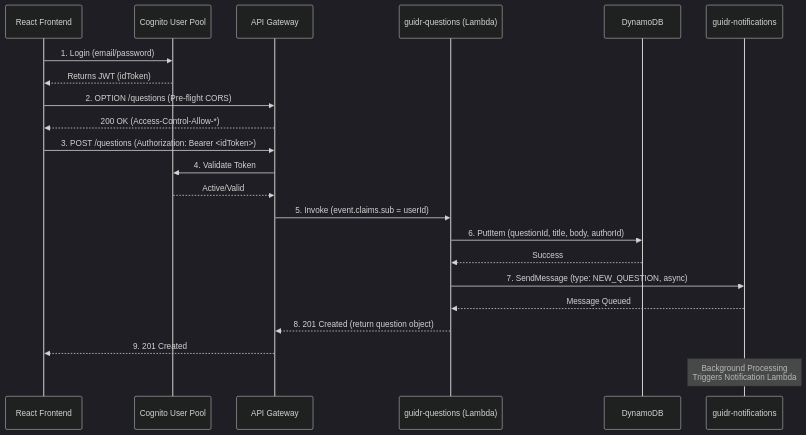
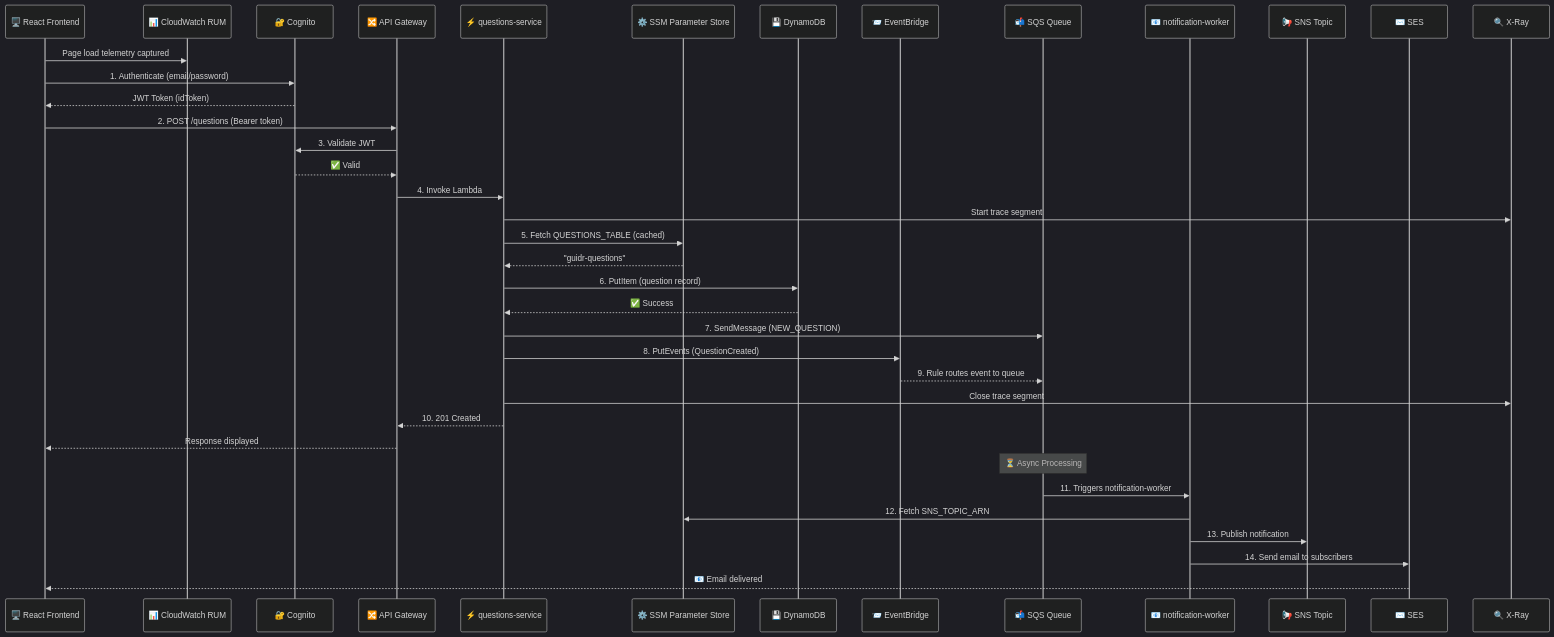
The second of 6 diagrams in README.md (Aadi1903/Guidr), drawn with Mermaid (dark theme) before and after one commit. The commit also changed other lines of this file, not shown here.

````diff
--- a/README.md
+++ b/README.md
@@ -106,31 +158,48 @@
 ```mermaid
 sequenceDiagram
-    participant User as React Frontend
-    participant Cognito as Cognito User Pool
-    participant API as API Gateway
-    participant QService as guidr-questions (Lambda)
-    participant Dynamo as DynamoDB
-    participant SQS as guidr-notifications
-    
-    User->>Cognito: 1. Login (email/password)
-    Cognito-->>User: Returns JWT (idToken)
-    
-    User->>API: 2. OPTION /questions (Pre-flight CORS)
-    API-->>User: 200 OK (Access-Control-Allow-*)
-    
-    User->>API: 3. POST /questions (Authorization: Bearer <idToken>)
-    API->>Cognito: 4. Validate Token
-    Cognito-->>API: Active/Valid
-    
-    API->>QService: 5. Invoke (event.claims.sub = userId)
-    QService->>Dynamo: 6. PutItem (questionId, title, body, authorId)
-    Dynamo-->>QService: Success
-    
-    QService->>SQS: 7. SendMessage (type: NEW_QUESTION, async)
-    SQS-->>QService: Message Queued
-    
-    QService-->>API: 8. 201 Created (return question object)
-    API-->>User: 9. 201 Created
-    
-    Note over SQS: Background Processing<br/>Triggers Notification Lambda
+    participant User as 🖥️ React Frontend
+    participant RUM as 📊 CloudWatch RUM
+    participant Cognito as 🔐 Cognito
+    participant APIGW as 🔀 API Gateway
+    participant Lambda as ⚡ questions-service
+    participant SSM as ⚙️ SSM Parameter Store
+    participant DDB as 💾 DynamoDB
+    participant EB as 📨 EventBridge
+    participant SQS as 📬 SQS Queue
+    participant Notif as 📧 notification-worker
+    participant SNS as 📢 SNS Topic
+    participant SES as ✉️ SES
+    participant XRay as 🔍 X-Ray
+
+    User->>RUM: Page load telemetry captured
+    User->>Cognito: 1. Authenticate (email/password)
+    Cognito-->>User: JWT Token (idToken)
+
+    User->>APIGW: 2. POST /questions (Bearer token)
+    APIGW->>Cognito: 3. Validate JWT
+    Cognito-->>APIGW: ✅ Valid
+
+    APIGW->>Lambda: 4. Invoke Lambda
+    Lambda->>XRay: Start trace segment
+    Lambda->>SSM: 5. Fetch QUESTIONS_TABLE (cached)
+    SSM-->>Lambda: "guidr-questions"
+
+    Lambda->>DDB: 6. PutItem (question record)
+    DDB-->>Lambda: ✅ Success
+
+    Lambda->>SQS: 7. SendMessage (NEW_QUESTION)
+    Lambda->>EB: 8. PutEvents (QuestionCreated)
+    EB-->>SQS: 9. Rule routes event to queue
+
+    Lambda->>XRay: Close trace segment
+    Lambda-->>APIGW: 10. 201 Created
+    APIGW-->>User: Response displayed
+
+    Note over SQS: ⏳ Async Processing
+
+    SQS->>Notif: 11. Triggers notification-worker
+    Notif->>SSM: 12. Fetch SNS_TOPIC_ARN
+    Notif->>SNS: 13. Publish notification
+    Notif->>SES: 14. Send email to subscribers
+    SES-->>User: 📧 Email delivered
 ```
````
